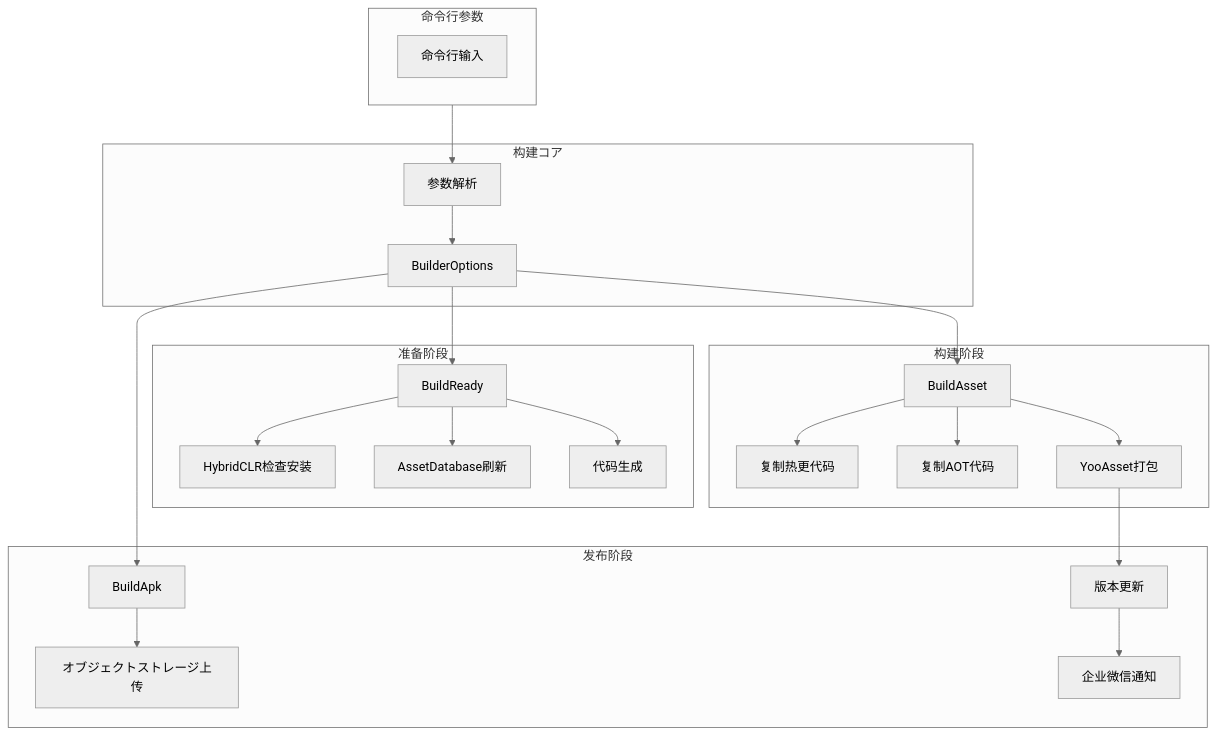
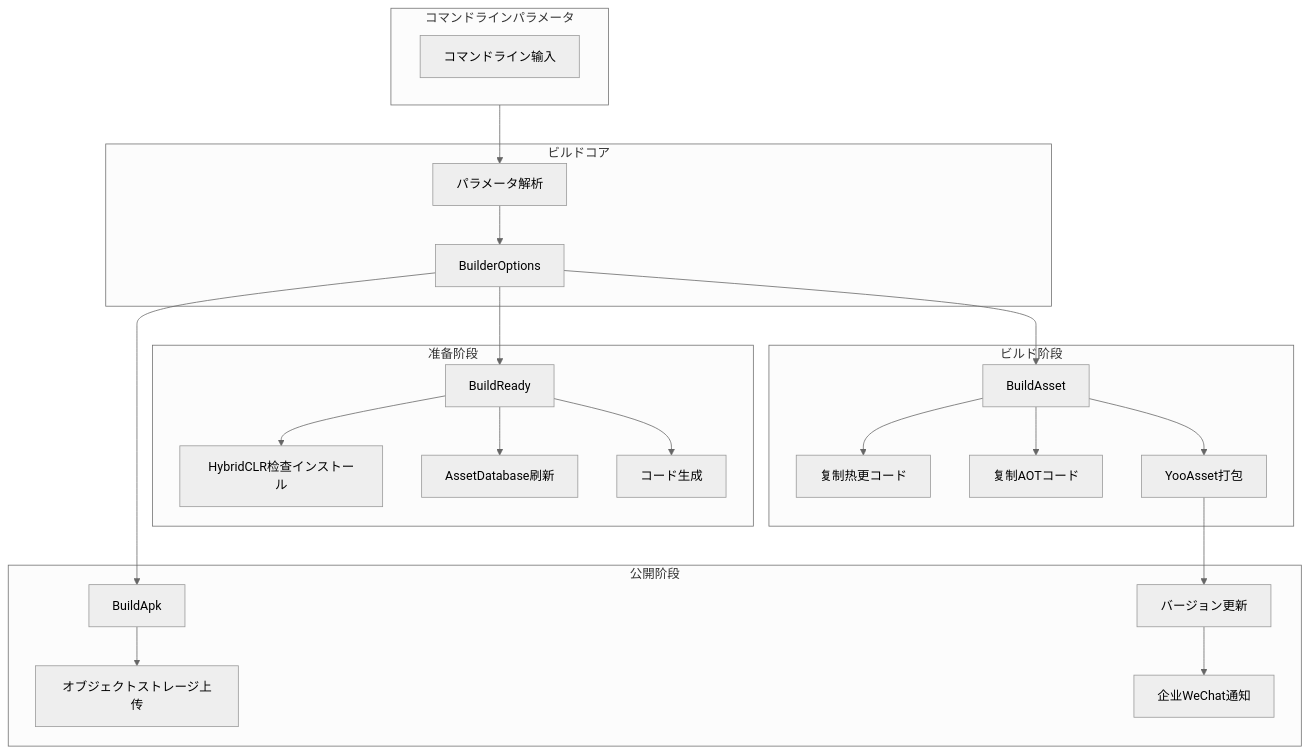
One commit to AlianBlank/GameFrameX.Docs changed the first of 2 diagrams in docs/ja/client/unity/component/builder/03.getting-started.md. Above: the diagram before and after it, drawn with Mermaid (neutral theme). The commit also changed other lines of this file and 320 other files, not shown here.

````diff
--- a/docs/ja/client/unity/component/builder/03.getting-started.md
+++ b/docs/ja/client/unity/component/builder/03.getting-started.md
@@ -17,47 +17,47 @@
 ```mermaid
 flowchart TD
-    subgraph CLI["命令行参数"]
-        CMD[命令行输入]
+    subgraph CLI["コマンドラインパラメータ"]
+        CMD[コマンドライン输入]
     end
 
-    subgraph Core["构建コア"]
-        Parse[参数解析]
+    subgraph Core["ビルドコア"]
+        Parse[パラメータ解析]
         Options[BuilderOptions]
     end
 
     subgraph Prepare["准备阶段"]
         Ready[BuildReady]
-        HybridCLR[HybridCLR检查安装]
+        HybridCLR[HybridCLR检查インストール]
         Refresh[AssetDatabase刷新]
-        Generate[代码生成]
+        Generate[コード生成]
     end
 
-    subgraph Build["构建阶段"]
+    subgraph Build["ビルド阶段"]
         Asset[BuildAsset]
-        CopyHotfix[复制热更代码]
-        CopyAOT[复制AOT代码]
+        CopyHotfix[复制热更コード]
+        CopyAOT[复制AOTコード]
         YooAsset[YooAsset打包]
     end
 
-    subgraph Package["发布阶段"]
+    subgraph Package["公開阶段"]
         Apk[BuildApk]
         Upload[オブジェクトストレージ上传]
-        VersionUpdate[版本更新]
-        WeChat[企业微信通知]
+        VersionUpdate[バージョン更新]
+        WeChat[企业WeChat通知]
     end
 
     CLI --> Parse
     Parse --> Options
     Options --> Ready
     Ready --> HybridCLR
     Ready --> Refresh
     Ready --> Generate
     Options --> Asset
     Asset --> CopyHotfix
     Asset --> CopyAOT
     Asset --> YooAsset
     Options --> Apk
     Apk --> Upload
     YooAsset --> VersionUpdate
     VersionUpdate --> WeChat
 ```
````
